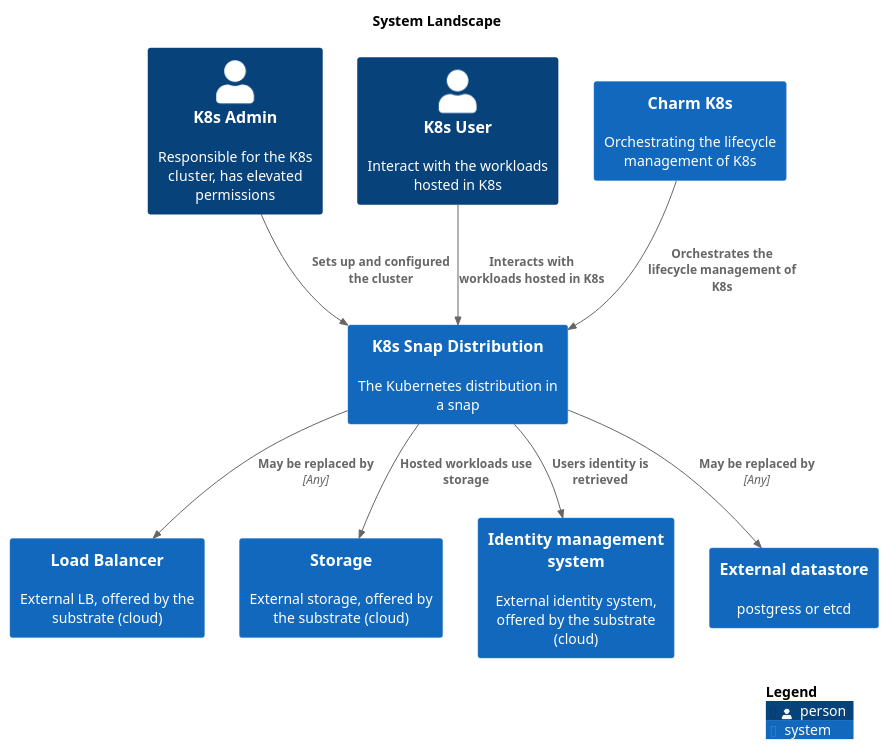
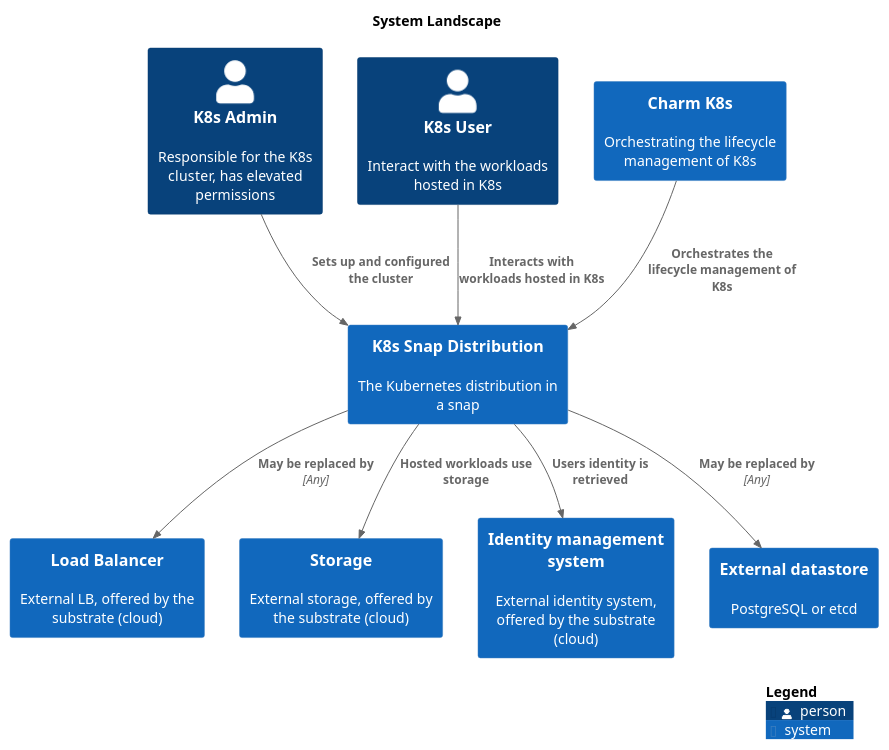
Before and after one commit to canonical/k8s-snap: the diagram in docs/src/assets/overview.puml, drawn with PlantUML.

Commit message:
fix typo in diagram (#294)
Fixes #267

```diff
--- a/docs/src/assets/overview.puml
+++ b/docs/src/assets/overview.puml
@@ -1,28 +1,28 @@
 @startuml
 set separator none
 title System Landscape
 
 top to bottom direction
 
 !include <C4/C4>
 !include <C4/C4_Context>
 
 Person(K8sAdmin, "K8s Admin", $descr="Responsible for the K8s cluster, has elevated permissions", $tags="", $link="")
 Person(K8sUser, "K8s User", $descr="Interact with the workloads hosted in K8s", $tags="", $link="")
 System(CharmK8s, "Charm K8s", $descr="Orchestrating the lifecycle management of K8s", $tags="", $link="")
 System(LoadBalancer, "Load Balancer", $descr="External LB, offered by the substrate (cloud)", $tags="", $link="")
 System(Storage, "Storage", $descr="External storage, offered by the substrate (cloud)", $tags="", $link="")
 System(Identitymanagementsystem, "Identity management system", $descr="External identity system, offered by the substrate (cloud)", $tags="", $link="")
-System(Externaldatastore, "External datastore", $descr="postgress or etcd", $tags="", $link="")
+System(Externaldatastore, "External datastore", $descr="PostgreSQL or etcd", $tags="", $link="")
 System(K8sSnapDistribution, "K8s Snap Distribution", $descr="The Kubernetes distribution in a snap", $tags="", $link="")
 
 Rel(K8sAdmin, K8sSnapDistribution, "Sets up and configured the cluster", $techn="", $tags="", $link="")
 Rel(K8sUser, K8sSnapDistribution, "Interacts with workloads hosted in K8s", $techn="", $tags="", $link="")
 Rel(CharmK8s, K8sSnapDistribution, "Orchestrates the lifecycle management of K8s", $techn="", $tags="", $link="")
 Rel(K8sSnapDistribution, Storage, "Hosted workloads use storage", $techn="", $tags="", $link="")
 Rel(K8sSnapDistribution, Identitymanagementsystem, "Users identity is retrieved", $techn="", $tags="", $link="")
 Rel(K8sSnapDistribution, Externaldatastore, "May be replaced by", $techn="Any", $tags="", $link="")
 Rel(K8sSnapDistribution, LoadBalancer, "May be replaced by", $techn="Any", $tags="", $link="")
 
 SHOW_LEGEND(true)
 @enduml
```
